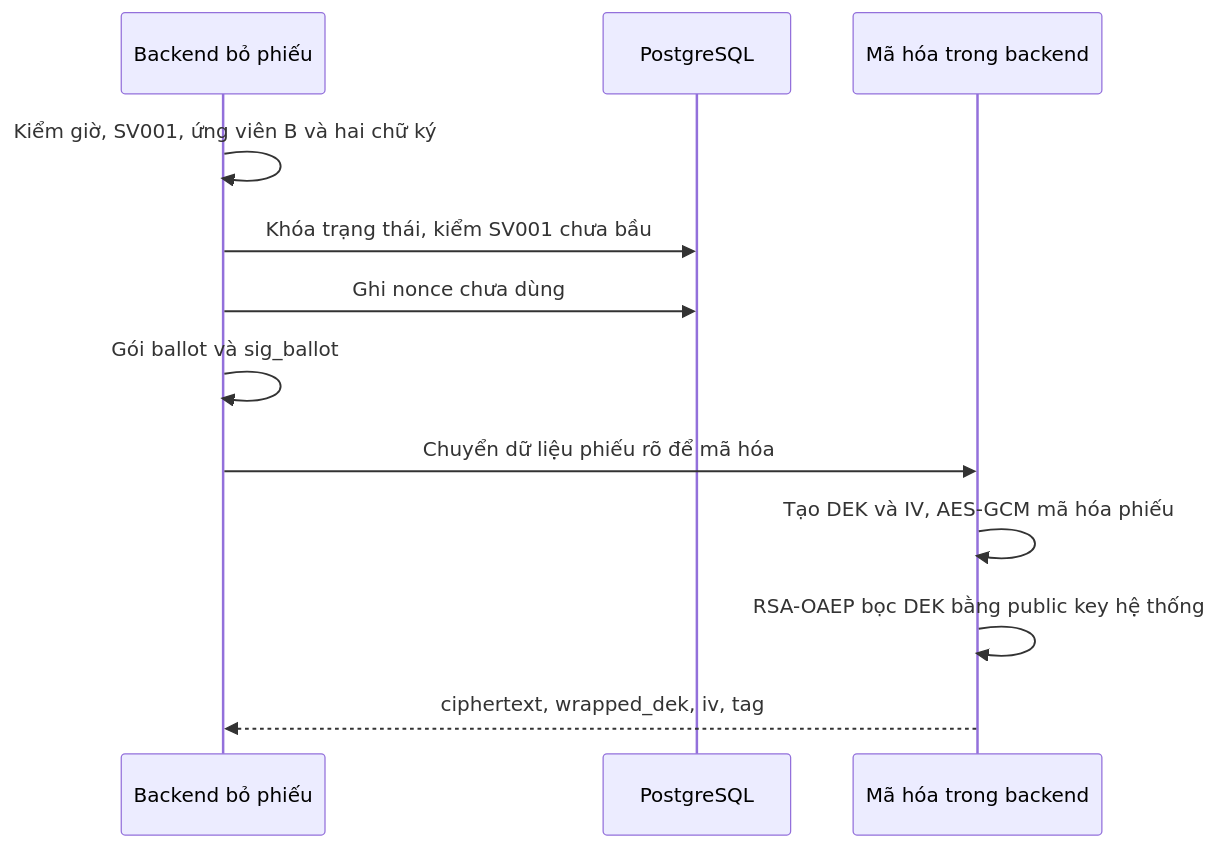
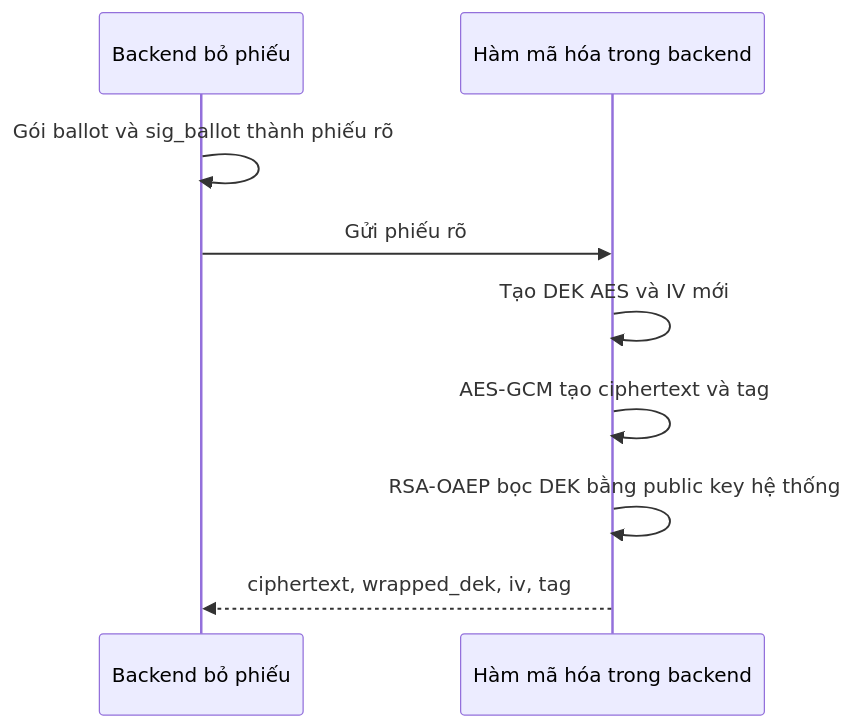
One commit to lam-vu6868/lab3_evoting changed the fourth of 7 diagrams in docs/BCao.md. Above: the diagram before and after it, drawn with Mermaid. The commit also changed other lines of this file, not shown here.

````diff
--- a/docs/BCao.md
+++ b/docs/BCao.md
@@ -102,14 +102,11 @@
 ```mermaid
 sequenceDiagram
     participant API as Backend bỏ phiếu
-    participant DB as PostgreSQL
-    participant CR as Mã hóa trong backend
-    API->>API: Kiểm giờ, SV001, ứng viên B và hai chữ ký
-    API->>DB: Khóa trạng thái, kiểm SV001 chưa bầu
-    API->>DB: Ghi nonce chưa dùng
-    API->>API: Gói ballot và sig_ballot
-    API->>CR: Chuyển dữ liệu phiếu rõ để mã hóa
-    CR->>CR: Tạo DEK và IV, AES-GCM mã hóa phiếu
+    participant CR as Hàm mã hóa trong backend
+    API->>API: Gói ballot và sig_ballot thành phiếu rõ
+    API->>CR: Gửi phiếu rõ
+    CR->>CR: Tạo DEK AES và IV mới
+    CR->>CR: AES-GCM tạo ciphertext và tag
     CR->>CR: RSA-OAEP bọc DEK bằng public key hệ thống
     CR-->>API: ciphertext, wrapped_dek, iv, tag
 ```
````
